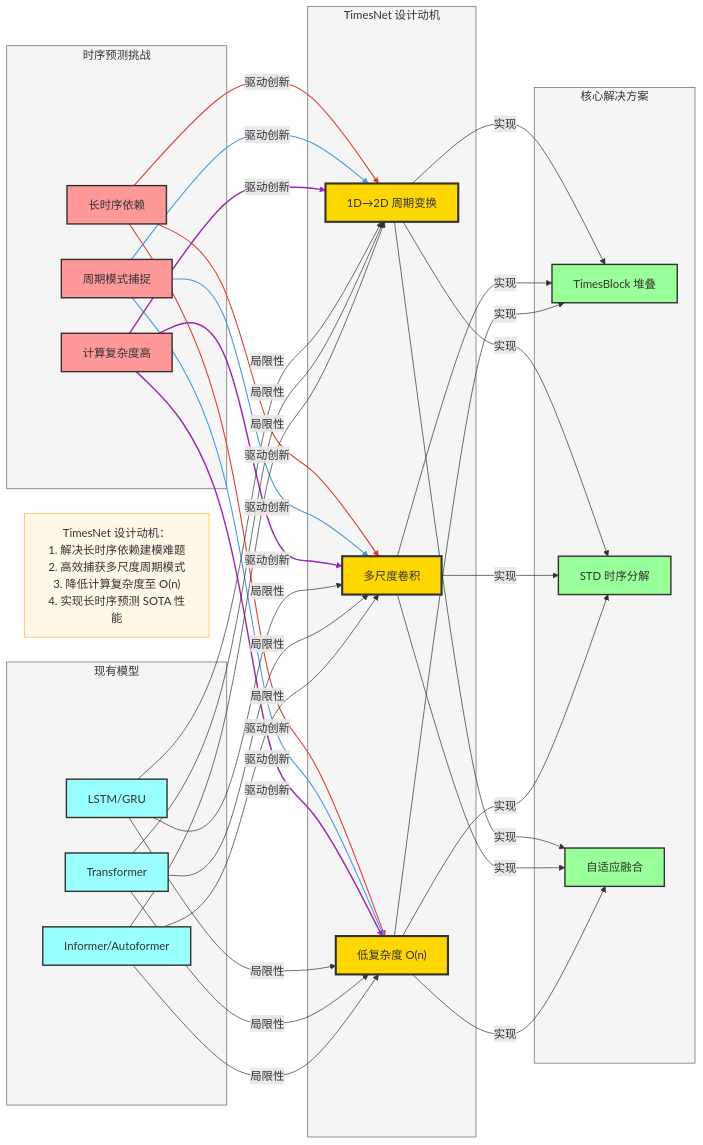
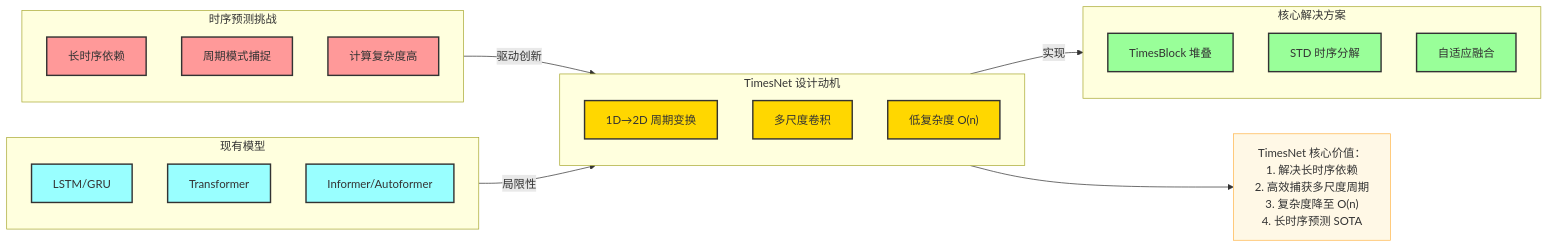
Before and after one commit to amuqiao/AI-Engineering-Knowledge-Base: the diagram in TimesNet/2. 理论基础与动机.md, drawn with Mermaid. The commit also changed 3 other files, not shown here.

````diff
--- a/TimesNet/2. 理论基础与动机.md
+++ b/TimesNet/2. 理论基础与动机.md
@@ -63,55 +63,46 @@
 ```mermaid
 flowchart LR
-    %% 样式定义（沿用参考配色逻辑）
-    classDef challengeStyle fill:#f99,stroke:#333,stroke-width:2px
-    classDef modelStyle fill:#9ff,stroke:#333,stroke-width:2px
-    classDef motivationStyle fill:#ffd700,stroke:#333,stroke-width:3px
-    classDef solutionStyle fill:#9f9,stroke:#333,stroke-width:2px
-    classDef subgraphStyle fill:#f5f5f5,stroke:#666,stroke-width:1px,rounded:10px
-    classDef coreNoteStyle fill:#fff8e6,stroke:#ffb74d,stroke-width:1px,rounded:8px
+    %% 简化样式定义
+    classDef challenge fill:#f99,stroke:#333,stroke-width:2px
+    classDef model fill:#9ff,stroke:#333,stroke-width:2px
+    classDef motivation fill:#ffd700,stroke:#333,stroke-width:2px
+    classDef solution fill:#9f9,stroke:#333,stroke-width:2px
+    classDef note fill:#fff8e6,stroke:#ffb74d,stroke-width:1px,rounded:8px
 
     %% 1. 时序预测挑战
-    subgraph challenges["时序预测挑战"]
-        A["长时序依赖"]:::challengeStyle
-        B["周期模式捕捉"]:::challengeStyle
-        C["计算复杂度高"]:::challengeStyle
+    subgraph Challenges["时序预测挑战"]
+        A["长时序依赖"]:::challenge
+        B["周期模式捕捉"]:::challenge
+        C["计算复杂度高"]:::challenge
     end
-    class challenges subgraphStyle
 
     %% 2. 现有模型
-    subgraph models["现有模型"]
-        D["LSTM/GRU"]:::modelStyle
-        E["Transformer"]:::modelStyle
-        F["Informer/Autoformer"]:::modelStyle
+    subgraph Models["现有模型"]
+        D["LSTM/GRU"]:::model
+        E["Transformer"]:::model
+        F["Informer/Autoformer"]:::model
     end
-    class models subgraphStyle
 
-    %% 3. TimesNet 动机（修复含括号的节点文本）
-    subgraph motivation["TimesNet 设计动机"]
-        G["1D→2D 周期变换"]:::motivationStyle
-        H["多尺度卷积"]:::motivationStyle
-        I["低复杂度 O(n)"]:::motivationStyle  
+    %% 3. TimesNet 设计动机
+    subgraph Motivation["TimesNet 设计动机"]
+        G["1D→2D 周期变换"]:::motivation
+        H["多尺度卷积"]:::motivation
+        I["低复杂度 O(n)"]:::motivation  
     end
-    class motivation subgraphStyle
 
-    %% 4. 解决方案
-    subgraph solution["核心解决方案"]
-        J["TimesBlock 堆叠"]:::solutionStyle
-        K["STD 时序分解"]:::solutionStyle
-        L["自适应融合"]:::solutionStyle
+    %% 4. 核心解决方案
+    subgraph Solution["核心解决方案"]
+        J["TimesBlock 堆叠"]:::solution
+        K["STD 时序分解"]:::solution
+        L["自适应融合"]:::solution
     end
-    class solution subgraphStyle
 
-    %% 核心说明（修复文本换行格式）
-    Note["TimesNet 设计动机：<br/>1. 解决长时序依赖建模难题<br/>2. 高效捕获多尺度周期模式<br/>3. 降低计算复杂度至 O(n)<br/>4. 实现长时序预测 SOTA 性能"]:::coreNoteStyle
+    %% 核心说明
+    Note["TimesNet 核心价值：<br/>1. 解决长时序依赖<br/>2. 高效捕获多尺度周期<br/>3. 复杂度降至 O(n)<br/>4. 长时序预测 SOTA"]:::note
 
-    %% 流转逻辑（确保连线数量与linkStyle匹配）
-    A & B & C -->|驱动创新| G & H & I
-    D & E & F -->|局限性| G & H & I
-    G & H & I -->|实现| J & K & L
-
-    %% 连接线样式（确认连线数量：共9条，与linkStyle数量匹配）
-    linkStyle 0,1,2 stroke:#e53935,stroke-width:1.5px
-    linkStyle 3,4,5 stroke:#4299e1,stroke-width:1.5px
-    linkStyle 6,7,8 stroke:#9c27b0,stroke-width:2px
+    %% 流转逻辑
+    Challenges -->|驱动创新| Motivation
+    Models -->|局限性| Motivation
+    Motivation -->|实现| Solution
+    Motivation --> Note
 ```
````
